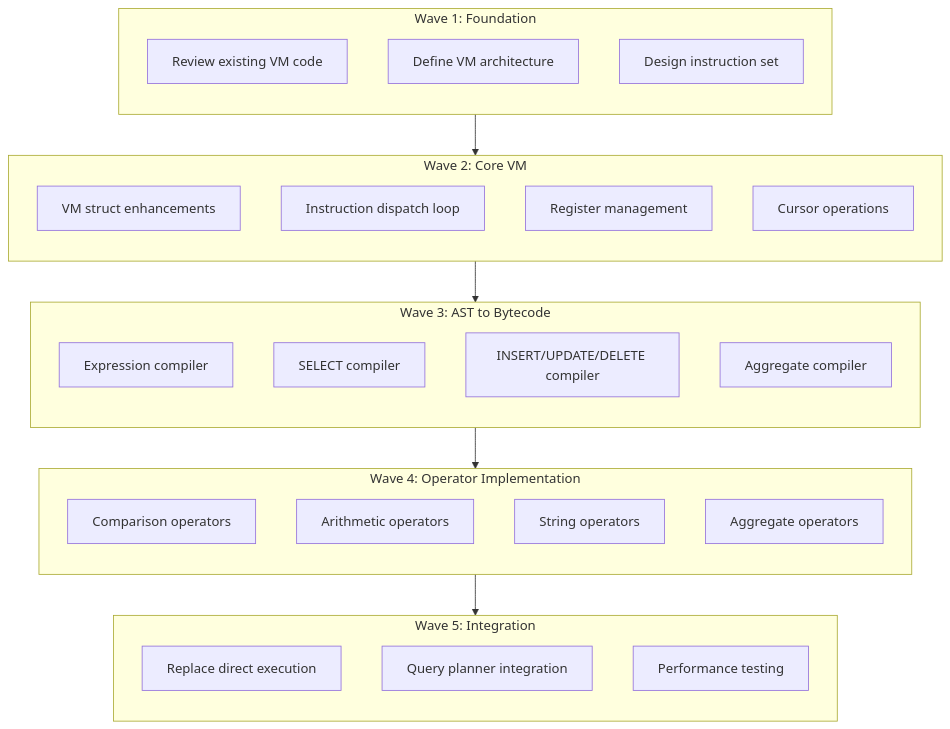
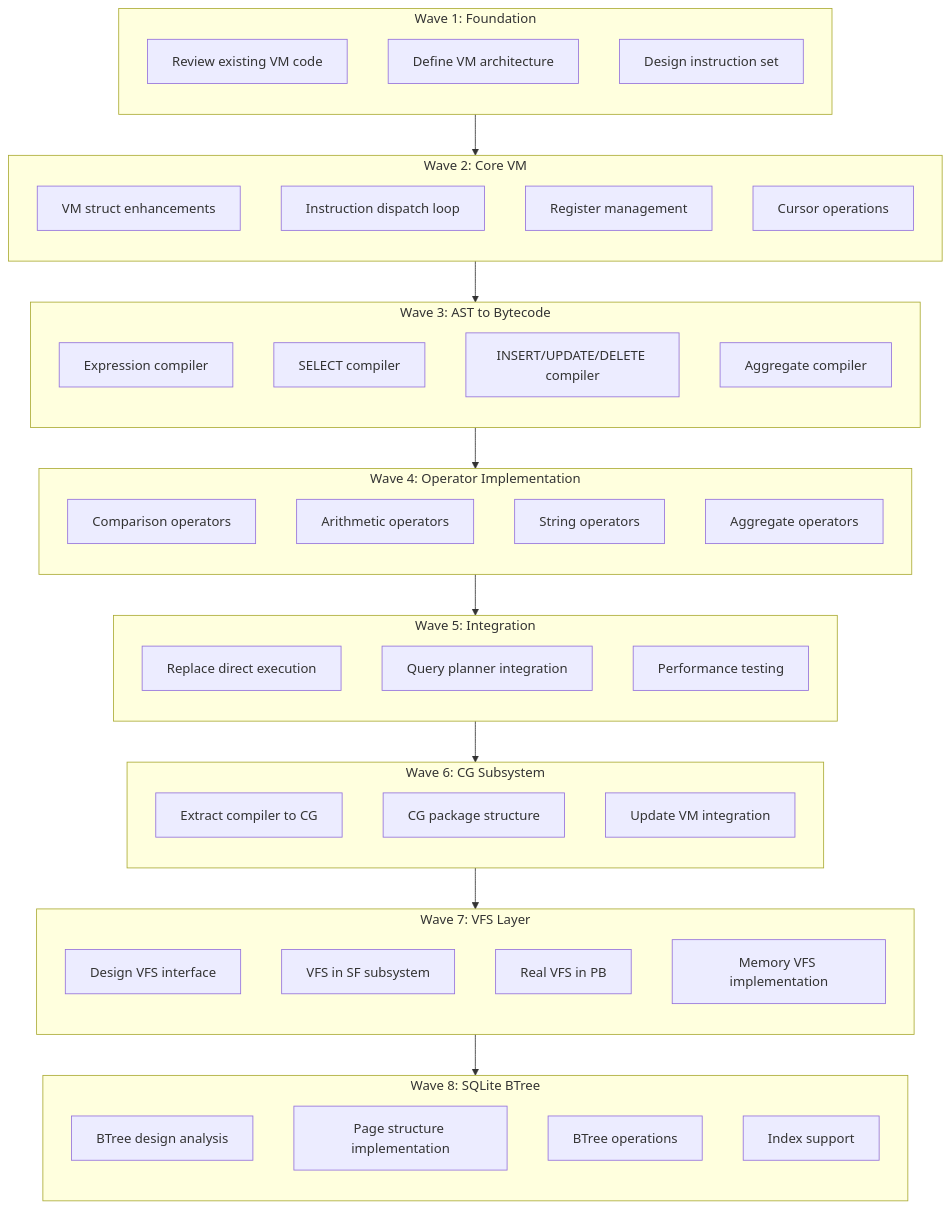
The diagram in docs/plan-v0.5.0.md (cyw0ng95/sqlvibe), drawn with Mermaid before and after one commit. The commit also changed other lines of this file, not shown here.

Commit message:
docs: Add Wave 6-8 tasks to plan-v0.5.0 (CG, VFS, BTree)

````diff
--- a/docs/plan-v0.5.0.md
+++ b/docs/plan-v0.5.0.md
@@ -84,50 +139,79 @@
 ```mermaid
 graph TD
     %% Wave 1: Foundation
     subgraph W1 ["Wave 1: Foundation"]
         direction TB
         A1[Review existing VM code]
         A2[Define VM architecture]
         A3[Design instruction set]
     end
     
     %% Wave 2: Core VM
     subgraph W2 ["Wave 2: Core VM"]
         direction TB
         B1[VM struct enhancements]
         B2[Instruction dispatch loop]
         B3[Register management]
         B4[Cursor operations]
     end
     
     %% Wave 3: Compiler
     subgraph W3 ["Wave 3: AST to Bytecode"]
         direction TB
         C1[Expression compiler]
         C2[SELECT compiler]
         C3[INSERT/UPDATE/DELETE compiler]
         C4[Aggregate compiler]
     end
     
     %% Wave 4: Operators
     subgraph W4 ["Wave 4: Operator Implementation"]
         direction TB
         D1[Comparison operators]
         D2[Arithmetic operators]
         D3[String operators]
         D4[Aggregate operators]
     end
     
     %% Wave 5: Integration
     subgraph W5 ["Wave 5: Integration"]
         direction TB
         E1[Replace direct execution]
         E2[Query planner integration]
         E3[Performance testing]
     end
     
+    %% Wave 6: Code Generator Subsystem
+    subgraph W6 ["Wave 6: CG Subsystem"]
+        direction TB
+        F1[Extract compiler to CG]
+        F2[CG package structure]
+        F3[Update VM integration]
+    end
+    
+    %% Wave 7: VFS Architecture
+    subgraph W7 ["Wave 7: VFS Layer"]
+        direction TB
+        G1[Design VFS interface]
+        G2[VFS in SF subsystem]
+        G3[Real VFS in PB]
+        G4[Memory VFS implementation]
+    end
+    
+    %% Wave 8: BTree Engine
+    subgraph W8 ["Wave 8: SQLite BTree"]
+        direction TB
+        H1[BTree design analysis]
+        H2[Page structure implementation]
+        H3[BTree operations]
+        H4[Index support]
+    end
+    
     W1 --> W2
     W2 --> W3
     W3 --> W4
     W4 --> W5
+    W5 --> W6
+    W6 --> W7
+    W7 --> W8
 ```
````
